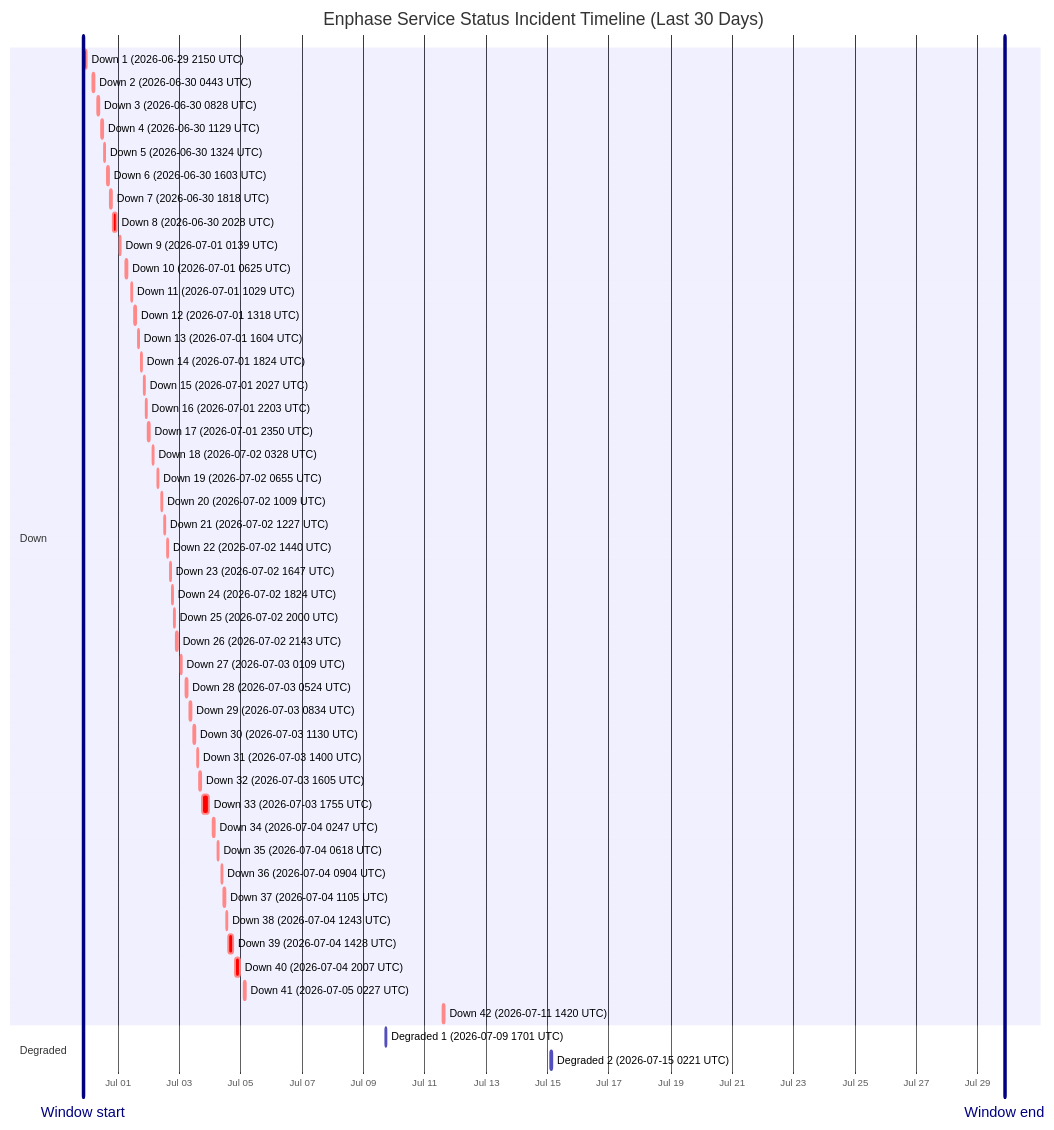
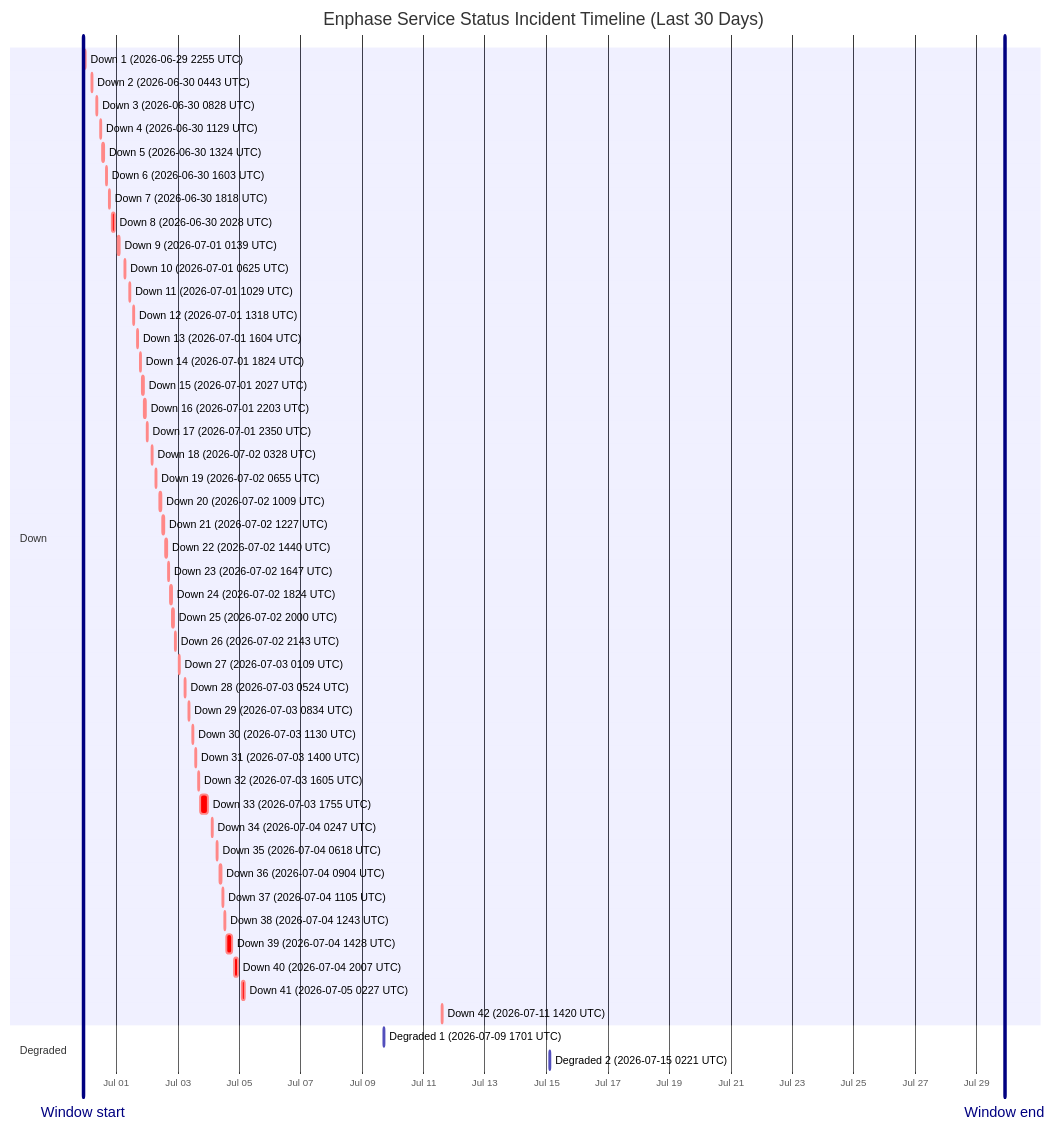
The diagram in wiki/Service-Status-History.md (barneyonline/ha-enphase-energy), drawn with Mermaid before and after one commit. The commit also changed other lines of this file and 3 other files, not shown here.

````diff
--- a/wiki/Service-Status-History.md
+++ b/wiki/Service-Status-History.md
@@ -14,54 +14,54 @@
 ```mermaid
 gantt
     title Enphase Service Status Incident Timeline (Last 30 Days)
     dateFormat  YYYY-MM-DDTHH:mm:ss
     axisFormat  %b %d
-    Window start :vert, window-start, 2026-06-29T20:53:42, 0ms
-    Window end :vert, window-end, 2026-07-29T20:53:42, 0ms
+    Window start :vert, window-start, 2026-06-29T21:59:41, 0ms
+    Window end :vert, window-end, 2026-07-29T21:59:41, 0ms
     section Down
-    Down 1 (2026-06-29 2150 UTC) :crit, down-1, 2026-06-29T21:50:52, 133m
+    Down 1 (2026-06-29 2255 UTC) :crit, down-1, 2026-06-29T22:55:43, 68m
     Down 2 (2026-06-30 0443 UTC) :crit, down-2, 2026-06-30T04:43:54, 60m
     Down 3 (2026-06-30 0828 UTC) :crit, down-3, 2026-06-30T08:28:43, 60m
     Down 4 (2026-06-30 1129 UTC) :crit, down-4, 2026-06-30T11:29:15, 60m
     Down 5 (2026-06-30 1324 UTC) :crit, down-5, 2026-06-30T13:24:25, 60m
     Down 6 (2026-06-30 1603 UTC) :crit, down-6, 2026-06-30T16:03:26, 60m
     Down 7 (2026-06-30 1818 UTC) :crit, down-7, 2026-06-30T18:18:39, 60m
     Down 8 (2026-06-30 2028 UTC) :crit, down-8, 2026-06-30T20:28:54, 171m
     Down 9 (2026-07-01 0139 UTC) :crit, down-9, 2026-07-01T01:39:18, 60m
     Down 10 (2026-07-01 0625 UTC) :crit, down-10, 2026-07-01T06:25:35, 60m
     Down 11 (2026-07-01 1029 UTC) :crit, down-11, 2026-07-01T10:29:24, 60m
     Down 12 (2026-07-01 1318 UTC) :crit, down-12, 2026-07-01T13:18:31, 60m
     Down 13 (2026-07-01 1604 UTC) :crit, down-13, 2026-07-01T16:04:29, 60m
     Down 14 (2026-07-01 1824 UTC) :crit, down-14, 2026-07-01T18:24:21, 60m
     Down 15 (2026-07-01 2027 UTC) :crit, down-15, 2026-07-01T20:27:17, 60m
     Down 16 (2026-07-01 2203 UTC) :crit, down-16, 2026-07-01T22:03:46, 60m
     Down 17 (2026-07-01 2350 UTC) :crit, down-17, 2026-07-01T23:50:52, 60m
     Down 18 (2026-07-02 0328 UTC) :crit, down-18, 2026-07-02T03:28:33, 60m
     Down 19 (2026-07-02 0655 UTC) :crit, down-19, 2026-07-02T06:55:07, 60m
     Down 20 (2026-07-02 1009 UTC) :crit, down-20, 2026-07-02T10:09:15, 60m
     Down 21 (2026-07-02 1227 UTC) :crit, down-21, 2026-07-02T12:27:49, 60m
     Down 22 (2026-07-02 1440 UTC) :crit, down-22, 2026-07-02T14:40:53, 60m
     Down 23 (2026-07-02 1647 UTC) :crit, down-23, 2026-07-02T16:47:47, 60m
     Down 24 (2026-07-02 1824 UTC) :crit, down-24, 2026-07-02T18:24:26, 60m
     Down 25 (2026-07-02 2000 UTC) :crit, down-25, 2026-07-02T20:00:57, 60m
     Down 26 (2026-07-02 2143 UTC) :crit, down-26, 2026-07-02T21:43:52, 80m
     Down 27 (2026-07-03 0109 UTC) :crit, down-27, 2026-07-03T01:09:19, 60m
     Down 28 (2026-07-03 0524 UTC) :crit, down-28, 2026-07-03T05:24:23, 60m
     Down 29 (2026-07-03 0834 UTC) :crit, down-29, 2026-07-03T08:34:05, 60m
     Down 30 (2026-07-03 1130 UTC) :crit, down-30, 2026-07-03T11:30:41, 60m
     Down 31 (2026-07-03 1400 UTC) :crit, down-31, 2026-07-03T14:00:48, 60m
     Down 32 (2026-07-03 1605 UTC) :crit, down-32, 2026-07-03T16:05:49, 60m
     Down 33 (2026-07-03 1755 UTC) :crit, down-33, 2026-07-03T17:55:54, 338m
     Down 34 (2026-07-04 0247 UTC) :crit, down-34, 2026-07-04T02:47:22, 60m
     Down 35 (2026-07-04 0618 UTC) :crit, down-35, 2026-07-04T06:18:09, 60m
     Down 36 (2026-07-04 0904 UTC) :crit, down-36, 2026-07-04T09:04:41, 60m
     Down 37 (2026-07-04 1105 UTC) :crit, down-37, 2026-07-04T11:05:21, 60m
     Down 38 (2026-07-04 1243 UTC) :crit, down-38, 2026-07-04T12:43:25, 60m
     Down 39 (2026-07-04 1428 UTC) :crit, down-39, 2026-07-04T14:28:07, 243m
     Down 40 (2026-07-04 2007 UTC) :crit, down-40, 2026-07-04T20:07:50, 206m
     Down 41 (2026-07-05 0227 UTC) :crit, down-41, 2026-07-05T02:27:32, 109m
     Down 42 (2026-07-11 1420 UTC) :crit, down-42, 2026-07-11T14:20:54, 69m
     section Degraded
     Degraded 1 (2026-07-09 1701 UTC) :active, degraded-1, 2026-07-09T17:01:02, 60m
     Degraded 2 (2026-07-15 0221 UTC) :active, degraded-2, 2026-07-15T02:21:35, 60m
 ```
````
